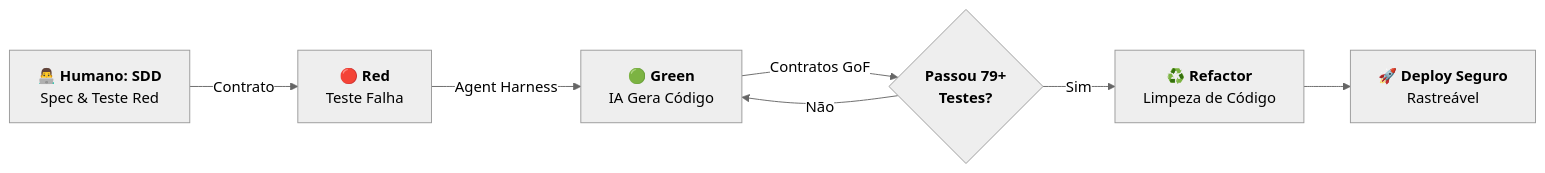
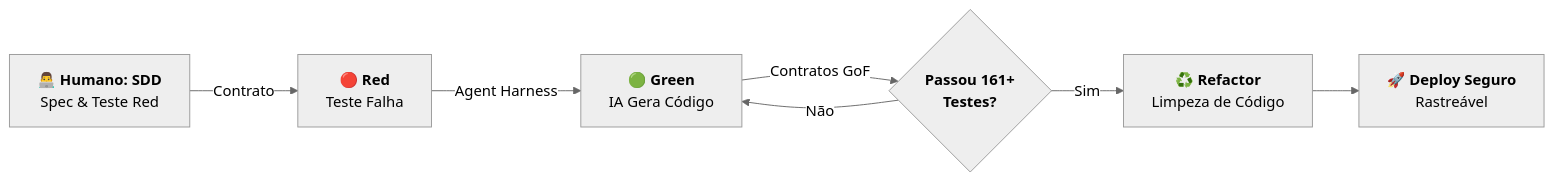
The second of 2 diagrams in Manifesto/manifesto.md (andresouza72br-sketch/SHM---Support-Hours-Manage), drawn with Mermaid (neutral theme) before and after one commit. The commit also changed other lines of this file, not shown here.

````diff
--- a/Manifesto/manifesto.md
+++ b/Manifesto/manifesto.md
@@ -100,9 +107,9 @@
 ```mermaid
 flowchart LR
     A["👨‍💻 <b>Humano: SDD</b><br>Spec & Teste Red"] -->|Contrato| B["🔴 <b>Red</b><br>Teste Falha"]
     B -->|Agent Harness| C["🟢 <b>Green</b><br>IA Gera Código"]
-    C -->|Contratos GoF| D{"<b>Passou 79+<br>Testes?</b>"}
+    C -->|Contratos GoF| D{"<b>Passou 161+<br>Testes?</b>"}
     D -- "Não" --> C
     D -- "Sim" --> E["♻️ <b>Refactor</b><br>Limpeza de Código"]
     E --> F["🚀 <b>Deploy Seguro</b><br>Rastreável"]
 ```
````
